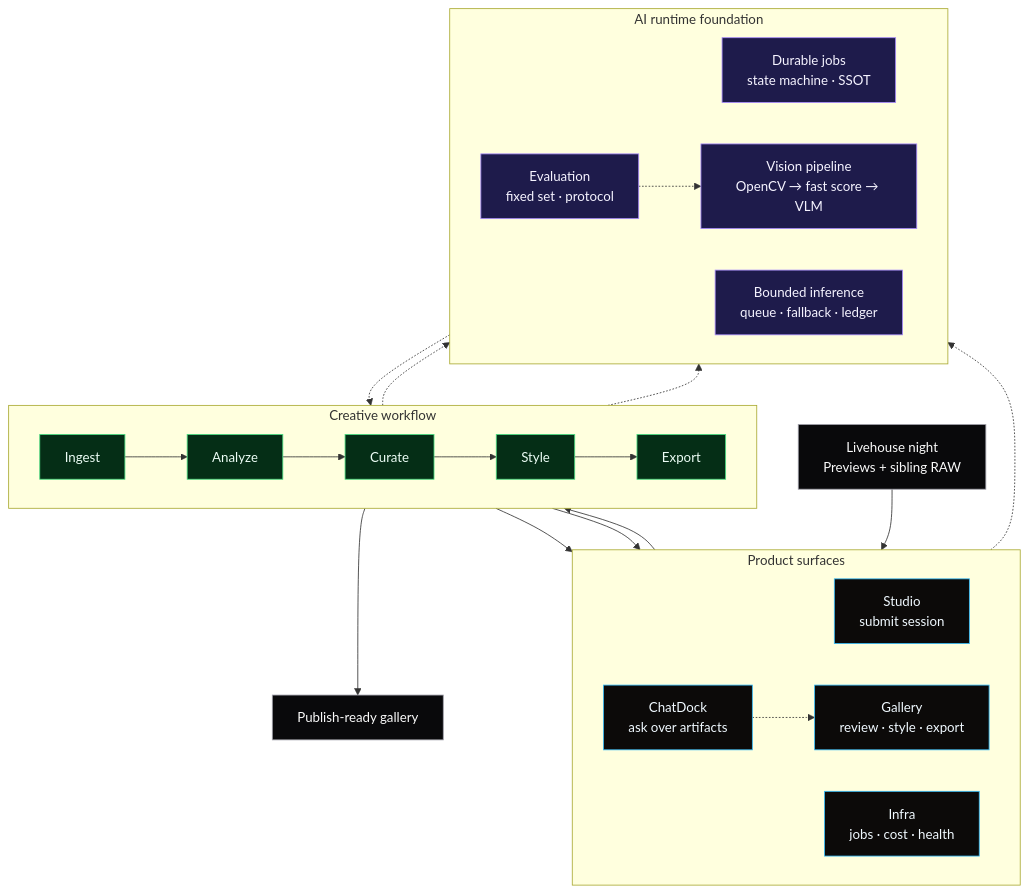
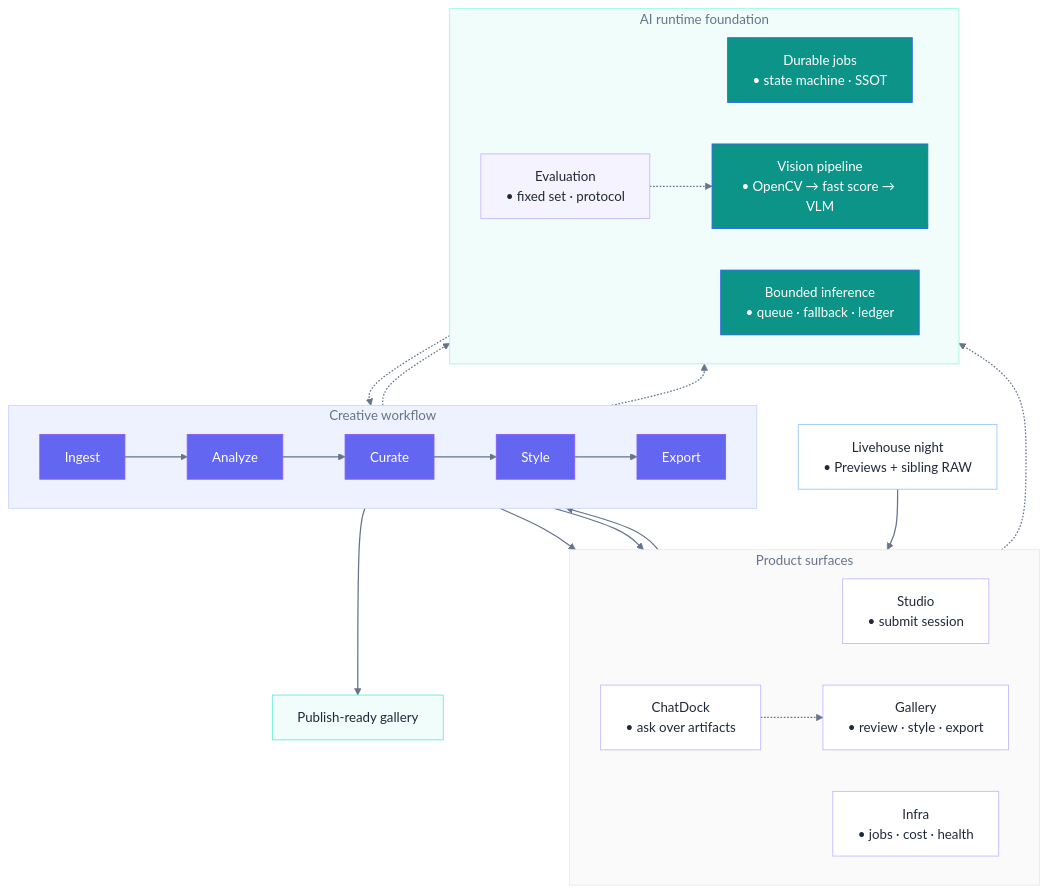
One commit to postrockicecola/livehouse-photo-agent changed the first of 3 diagrams in README.md. Above: the diagram before and after it, drawn with Mermaid. The commit also changed other lines of this file, not shown here.

Commit message:
Restyle README architecture diagrams to a light indigo/teal palette.

````diff
--- a/README.md
+++ b/README.md
@@ -19,55 +19,62 @@
 ```mermaid
 flowchart TB
-    classDef night fill:#09090b,stroke:#a1a1aa,color:#fafafa
-    classDef ui fill:#0c0a09,stroke:#38bdf8,color:#f0f9ff
-    classDef flow fill:#052e16,stroke:#4ade80,color:#ecfdf5
-    classDef runtime fill:#1e1b4b,stroke:#a78bfa,color:#f5f3ff
-    classDef out fill:#431407,stroke:#fb923c,color:#fff7ed
+    classDef night fill:#FFFFFF,stroke:#93C5FD,color:#1F2937
+    classDef ui fill:#FFFFFF,stroke:#C4B5FD,color:#1F2937
+    classDef flow fill:#6366F1,stroke:#8B5CF6,color:#FFFFFF
+    classDef runtime fill:#0D9488,stroke:#2563EB,color:#FFFFFF
+    classDef out fill:#F0FDFA,stroke:#5EEAD4,color:#1F2937
+    classDef eval fill:#F5F3FF,stroke:#C4B5FD,color:#1F2937
 
-    N["Livehouse night<br/>Previews + sibling RAW"]
+    N["Livehouse night<br/>• Previews + sibling RAW"]
 
     subgraph SURFACES["Product surfaces"]
         direction LR
-        ST["Studio<br/>submit session"]
-        GA["Gallery<br/>review · style · export"]
-        CH["ChatDock<br/>ask over artifacts"]
-        IC["Infra<br/>jobs · cost · health"]
+        ST["Studio<br/>• submit session"]
+        GA["Gallery<br/>• review · style · export"]
+        CH["ChatDock<br/>• ask over artifacts"]
+        IC["Infra<br/>• jobs · cost · health"]
     end
 
     subgraph WORKFLOW["Creative workflow"]
         direction LR
         W1["Ingest"]
         W2["Analyze"]
         W3["Curate"]
         W4["Style"]
         W5["Export"]
         W1 --> W2 --> W3 --> W4 --> W5
     end
 
     subgraph RUNTIME["AI runtime foundation"]
         direction LR
-        R1["Durable jobs<br/>state machine · SSOT"]
-        R2["Vision pipeline<br/>OpenCV → fast score → VLM"]
-        R3["Bounded inference<br/>queue · fallback · ledger"]
-        R4["Evaluation<br/>fixed set · protocol"]
+        R1["Durable jobs<br/>• state machine · SSOT"]
+        R2["Vision pipeline<br/>• OpenCV → fast score → VLM"]
+        R3["Bounded inference<br/>• queue · fallback · ledger"]
+        R4["Evaluation<br/>• fixed set · protocol"]
     end
 
     P["Publish-ready gallery"]
 
     N --> ST
     ST --> W1
     W2 -.-> R2
     W2 -.-> R3
     R1 -.-> W2
     W3 --> GA
     W4 --> GA
     CH -.-> GA
     W5 --> P
     IC -.-> R1
     R4 -.-> R2
 
-    class N,P night
+    class N night
+    class P out
     class ST,GA,CH,IC ui
     class W1,W2,W3,W4,W5 flow
-    class R1,R2,R3,R4 runtime
+    class R1,R2,R3 runtime
+    class R4 eval
+    style SURFACES fill:#FAFAFA,stroke:#E5E7EB,color:#64748B
+    style WORKFLOW fill:#EEF2FF,stroke:#C7D2FE,color:#64748B
+    style RUNTIME fill:#F0FDFA,stroke:#99F6E4,color:#64748B
+    linkStyle default stroke:#64748B,stroke-width:1.5px
 ```
````
